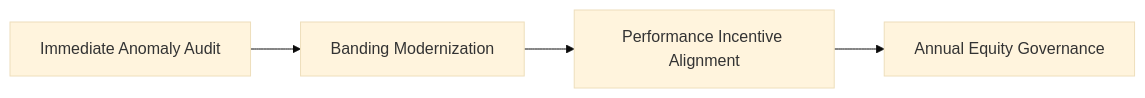
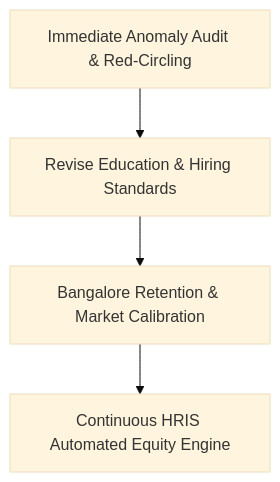
Before and after one commit to Nightwing-007/IntelliData_Data_Science_Hackathon: the second of 2 diagrams in Day_1/Question_11/README.md, drawn with Mermaid (base theme). The commit also changed other lines of this file and 4 other files, not shown here.

````diff
--- a/Day_1/Question_11/README.md
+++ b/Day_1/Question_11/README.md
@@ -115,6 +64,6 @@
 ```mermaid
-flowchart LR
-    A["Immediate Anomaly Audit"] --> B["Banding Modernization"]
-    B["Banding Modernization"] --> C["Performance Incentive Alignment"]
-    C["Performance Incentive Alignment"] --> D["Annual Equity Governance"]
+flowchart TD
+    A["Immediate Anomaly Audit & Red-Circling"] --> B["Revise Education & Hiring Standards"]
+    B --> C["Bangalore Retention & Market Calibration"]
+    C --> D["Continuous HRIS Automated Equity Engine"]
 ```
````
